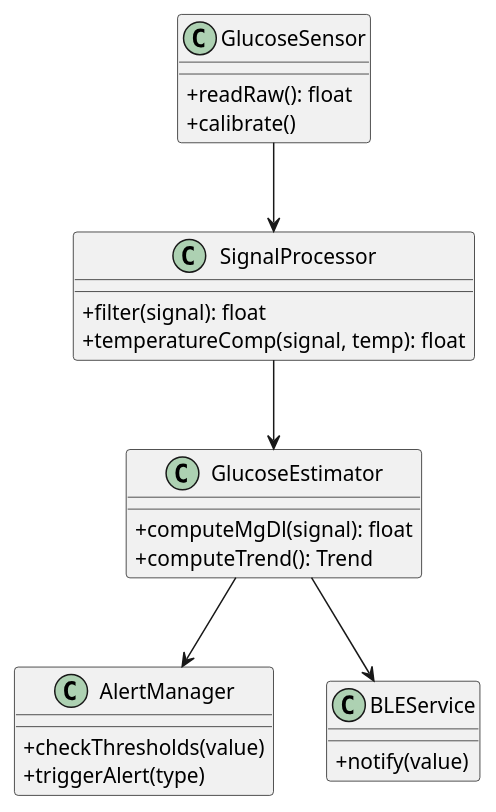
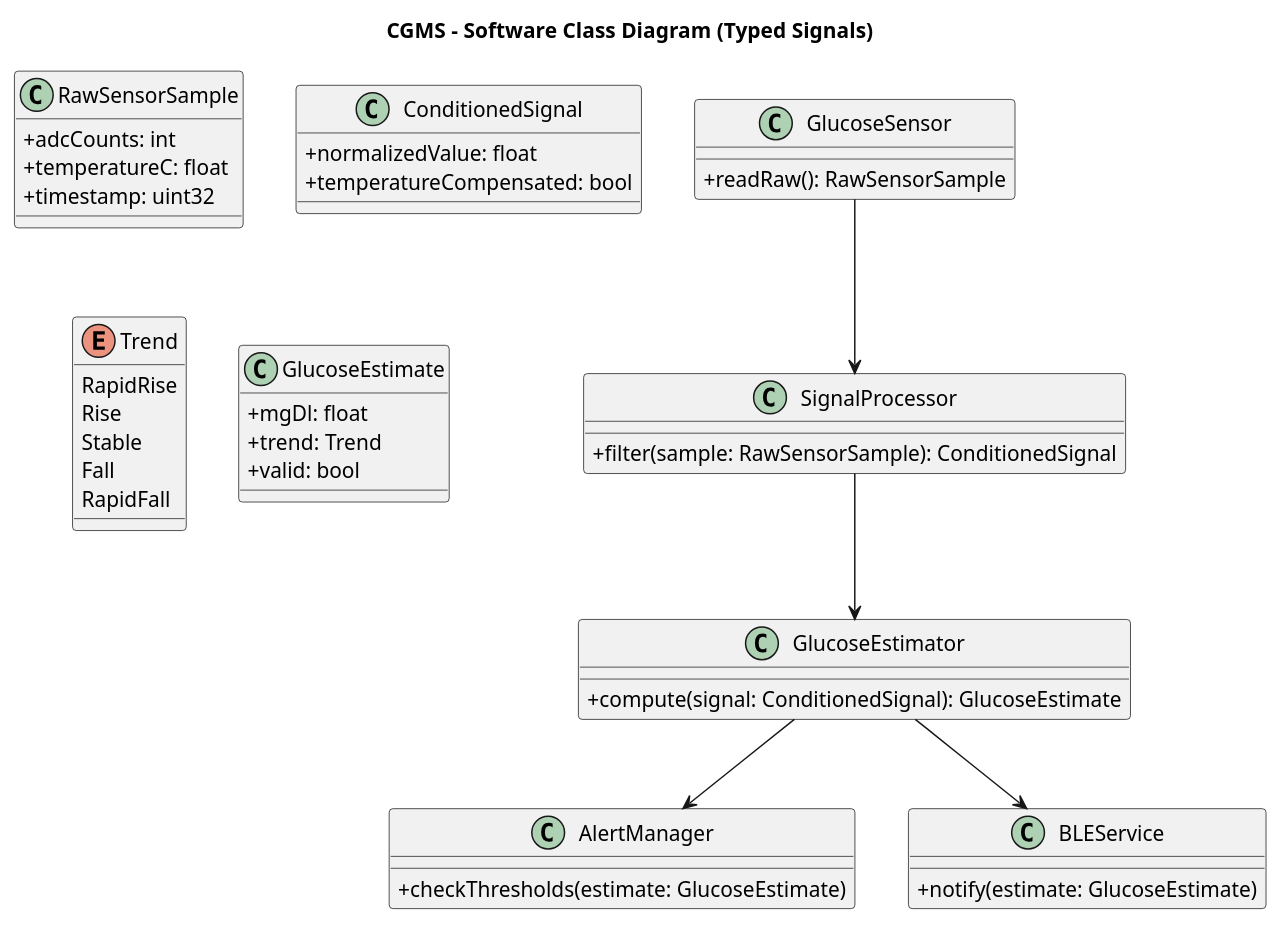
Before and after one commit to spothana/cgms: the diagram in documents/diagrams/uml/cgms_class.puml, drawn with PlantUML. The commit also changed 23 other files, not shown here.

Commit message:
update the design diagrams to reflect one time usage of CGM devices and add diagnostic telemetry

```diff
--- a/documents/diagrams/uml/cgms_class.puml
+++ b/documents/diagrams/uml/cgms_class.puml
@@ -1,33 +1,62 @@
 @startuml cgms_class
 skinparam classAttributeIconSize 0
 
+title CGMS – Software Class Diagram (Typed Signals)
+
+' --------------------
+' Data Types
+' --------------------
+class RawSensorSample {
+  +adcCounts: int
+  +temperatureC: float
+  +timestamp: uint32
+}
+
+class ConditionedSignal {
+  +normalizedValue: float
+  +temperatureCompensated: bool
+}
+
+enum Trend {
+  RapidRise
+  Rise
+  Stable
+  Fall
+  RapidFall
+}
+
+class GlucoseEstimate {
+  +mgDl: float
+  +trend: Trend
+  +valid: bool
+}
+
+' --------------------
+' Processing Components
+' --------------------
 class GlucoseSensor {
-  +readRaw(): float
-  +calibrate()
+  +readRaw(): RawSensorSample
 }
 
 class SignalProcessor {
-  +filter(signal): float
-  +temperatureComp(signal, temp): float
+  +filter(sample: RawSensorSample): ConditionedSignal
 }
 
 class GlucoseEstimator {
-  +computeMgDl(signal): float
-  +computeTrend(): Trend
+  +compute(signal: ConditionedSignal): GlucoseEstimate
 }
 
 class AlertManager {
-  +checkThresholds(value)
-  +triggerAlert(type)
+  +checkThresholds(estimate: GlucoseEstimate)
 }
 
 class BLEService {
-  +notify(value)
+  +notify(estimate: GlucoseEstimate)
 }
 
 GlucoseSensor --> SignalProcessor
 SignalProcessor --> GlucoseEstimator
 GlucoseEstimator --> AlertManager
 GlucoseEstimator --> BLEService
 
 @enduml
```
